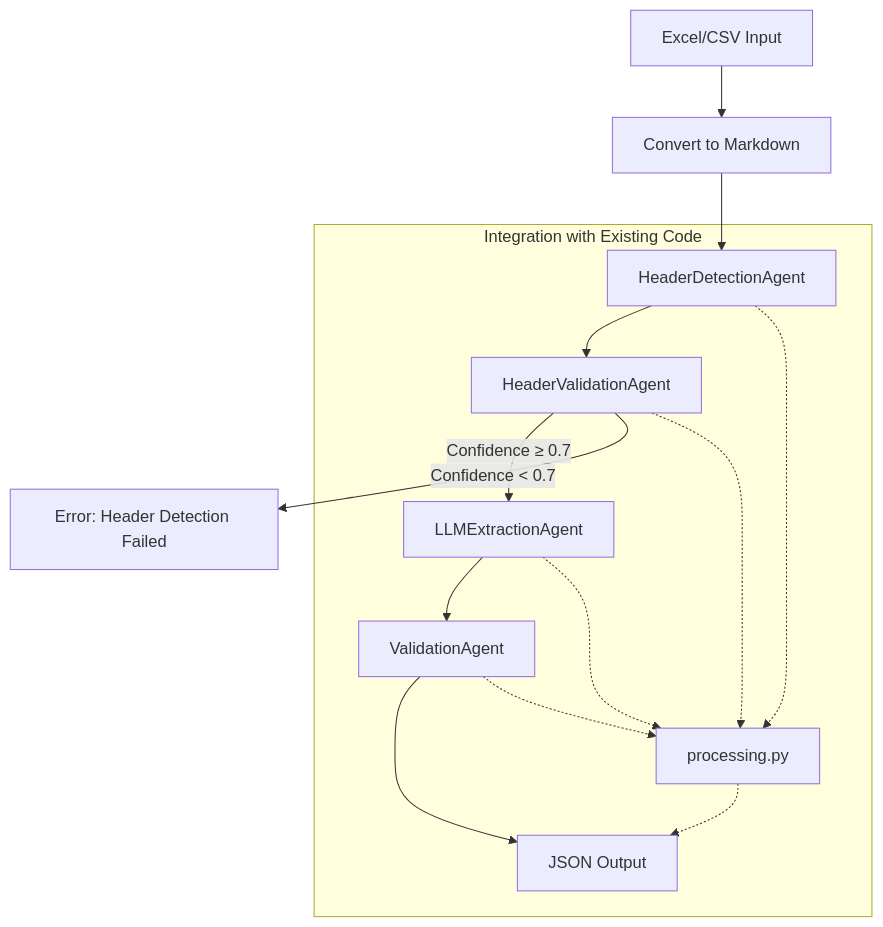
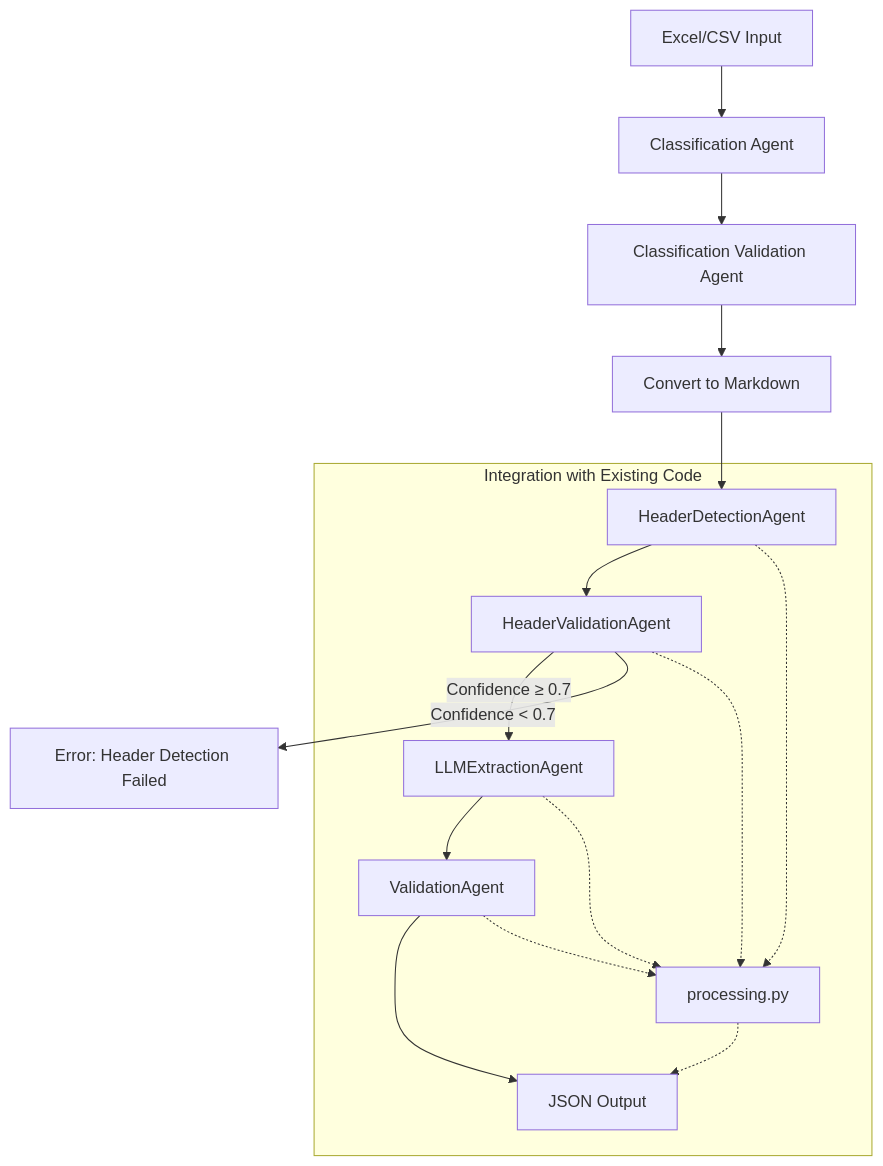
The diagram in README.md (grungert/extraction_agents), drawn with Mermaid before and after one commit. The commit also changed other lines of this file and 38 other files, not shown here.

````diff
--- a/README.md
+++ b/README.md
@@ -105,21 +169,24 @@
 ```mermaid
 flowchart TD
-    Input[Excel/CSV Input] --> Convert[Convert to Markdown]
+    Input[Excel/CSV Input] --> Classify[Classification Agent]
+    Classify --> ClassifyValidate[Classification Validation Agent]
+    ClassifyValidate --> Convert[Convert to Markdown]
+
     Convert --> HeaderDetect[HeaderDetectionAgent]
 
     HeaderDetect --> HeaderValidate[HeaderValidationAgent]
     HeaderValidate -->|Confidence ≥ 0.7| Extract[LLMExtractionAgent]
     HeaderValidate -->|Confidence < 0.7| Error[Error: Header Detection Failed]
 
     Extract --> Validate[ValidationAgent]
 
     Validate --> Output[JSON Output]
 
     subgraph "Integration with Existing Code"
         HeaderDetect -.-> Process[processing.py]
         HeaderValidate -.-> Process
         Extract -.-> Process
         Validate -.-> Process
         Process -.-> Output
     end
 ```
````
